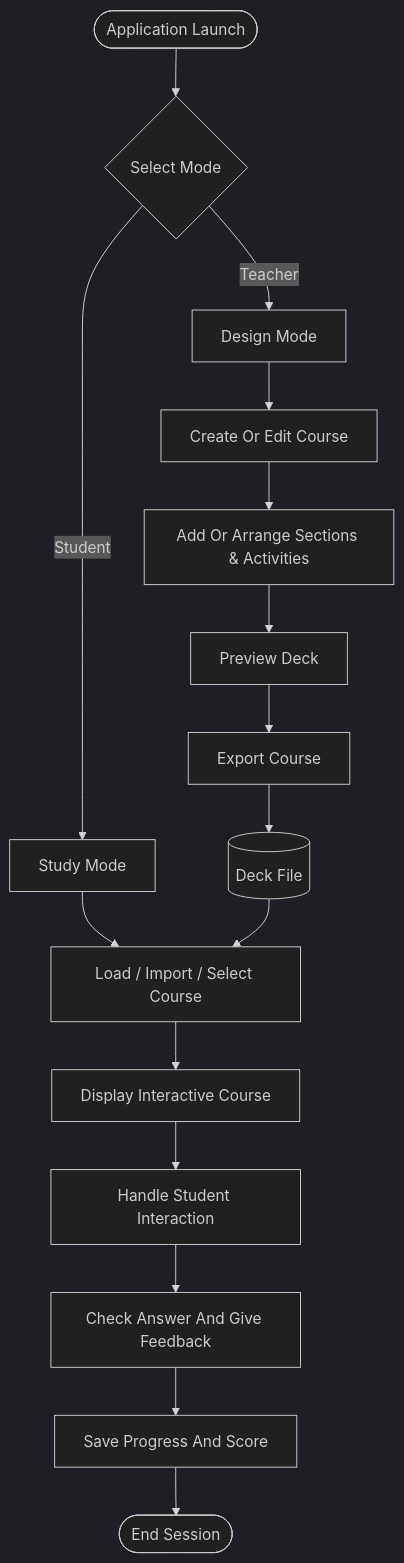
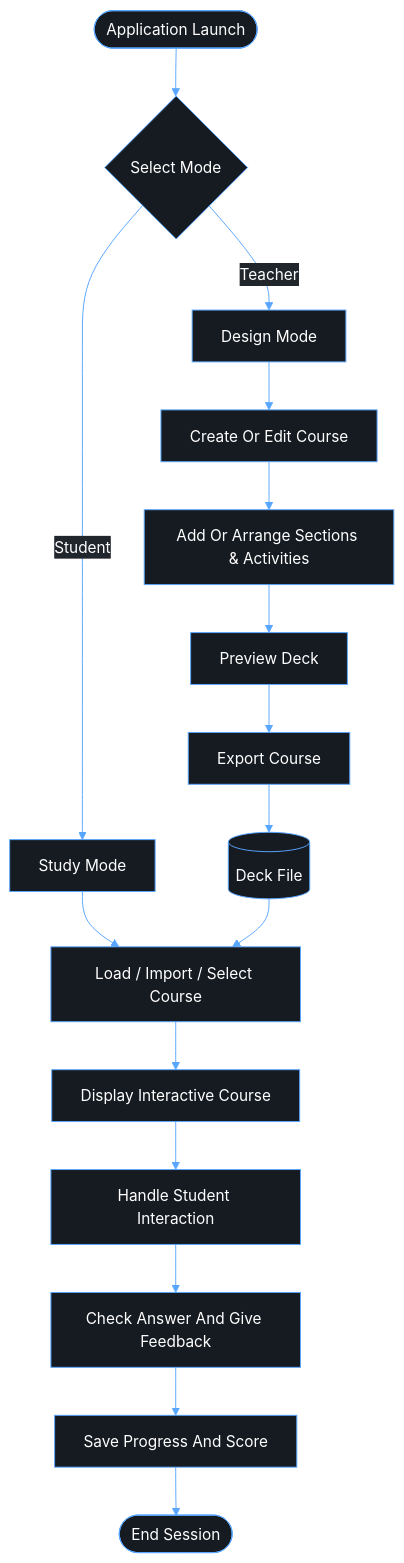
Before and after one commit to faizan-o/sifu: the diagram in README.md, drawn with Mermaid.

Commit message:
Fixed Mermaid Theming - Custom Theme - README.md

````diff
--- a/README.md
+++ b/README.md
@@ -5,24 +5,36 @@
 ```mermaid
-%%{init: {'theme': 'dark'}}%%
+%%{init: {
+  'theme': 'base',
+  'themeVariables': {
+    'background': '#0d1117',
+    'primaryColor': '#161b22',
+    'primaryTextColor': '#ffffff',
+    'primaryBorderColor': '#58a6ff',
+    'lineColor': '#58a6ff',
+    'secondaryColor': '#21262d',
+    'tertiaryColor': '#30363d',
+    'fontFamily': 'Arial'
+  }
+}}%%
 flowchart TD
     A([Application Launch]) --> B{Select Mode}
 
     B -->|Student| C[Study Mode]
     B -->|Teacher| D[Design Mode]
 
     D --> E[Create Or Edit Course]
     E --> F[Add Or Arrange Sections & Activities]
     F --> G[Preview Deck]
     G --> H[Export Course]
     H --> I[(Deck File)]
 
     C --> J[Load / Import / Select Course]
     I --> J
 
     J --> K[Display Interactive Course]
     K --> L[Handle Student Interaction]
     L --> M[Check Answer And Give Feedback]
     M --> N[Save Progress And Score]
 
     N --> O([End Session])
 ```
````
